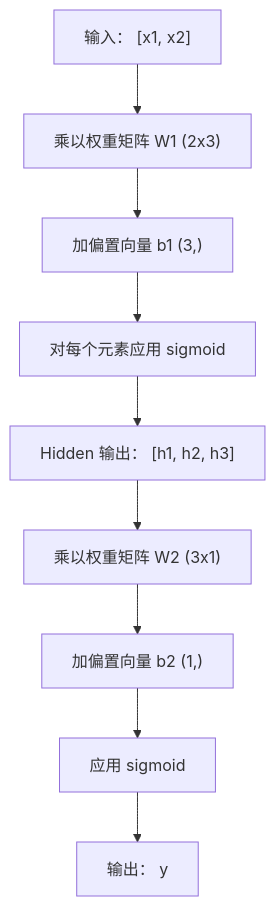
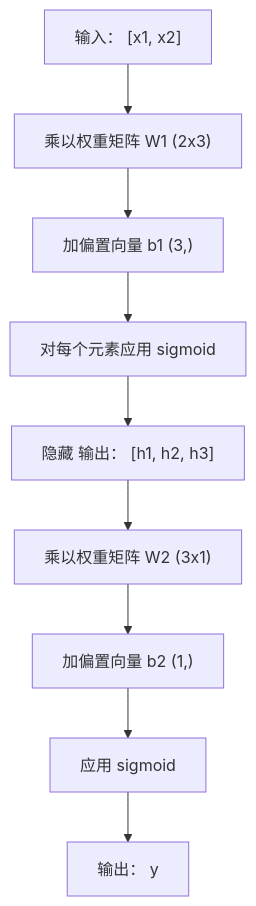
The second of 3 diagrams in content/translations/practice/03-deep-learning-core/02-multi-layer-networks/zh.md (huangyue12120/Learning-Atlas), drawn with Mermaid before and after one commit. The commit also changed other lines of this file and 24 other files, not shown here.

Commit message:
fix(reader): localize Mermaid in source content

````diff
--- a/content/translations/practice/03-deep-learning-core/02-multi-layer-networks/zh.md
+++ b/content/translations/practice/03-deep-learning-core/02-multi-layer-networks/zh.md
@@ -93,11 +93,11 @@
 ```mermaid
 graph TD
     X["输入： [x1, x2]"] --> WH["乘以权重矩阵 W1 (2x3)"]
     WH --> BH["加偏置向量 b1 (3,)"]
     BH --> AH["对每个元素应用 sigmoid"]
-    AH --> H["Hidden 输出： [h1, h2, h3]"]
+    AH --> H["隐藏 输出： [h1, h2, h3]"]
     H --> WO["乘以权重矩阵 W2 (3x1)"]
     WO --> BO["加偏置向量 b2 (1,)"]
     BO --> AO["应用 sigmoid"]
     AO --> Y["输出： y"]
 ```
````
